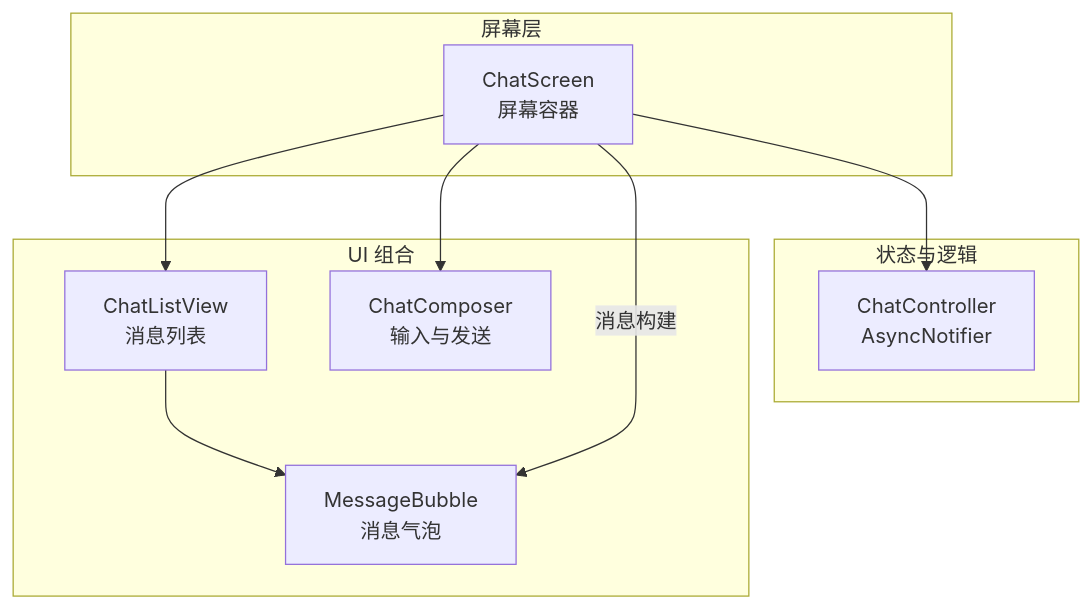
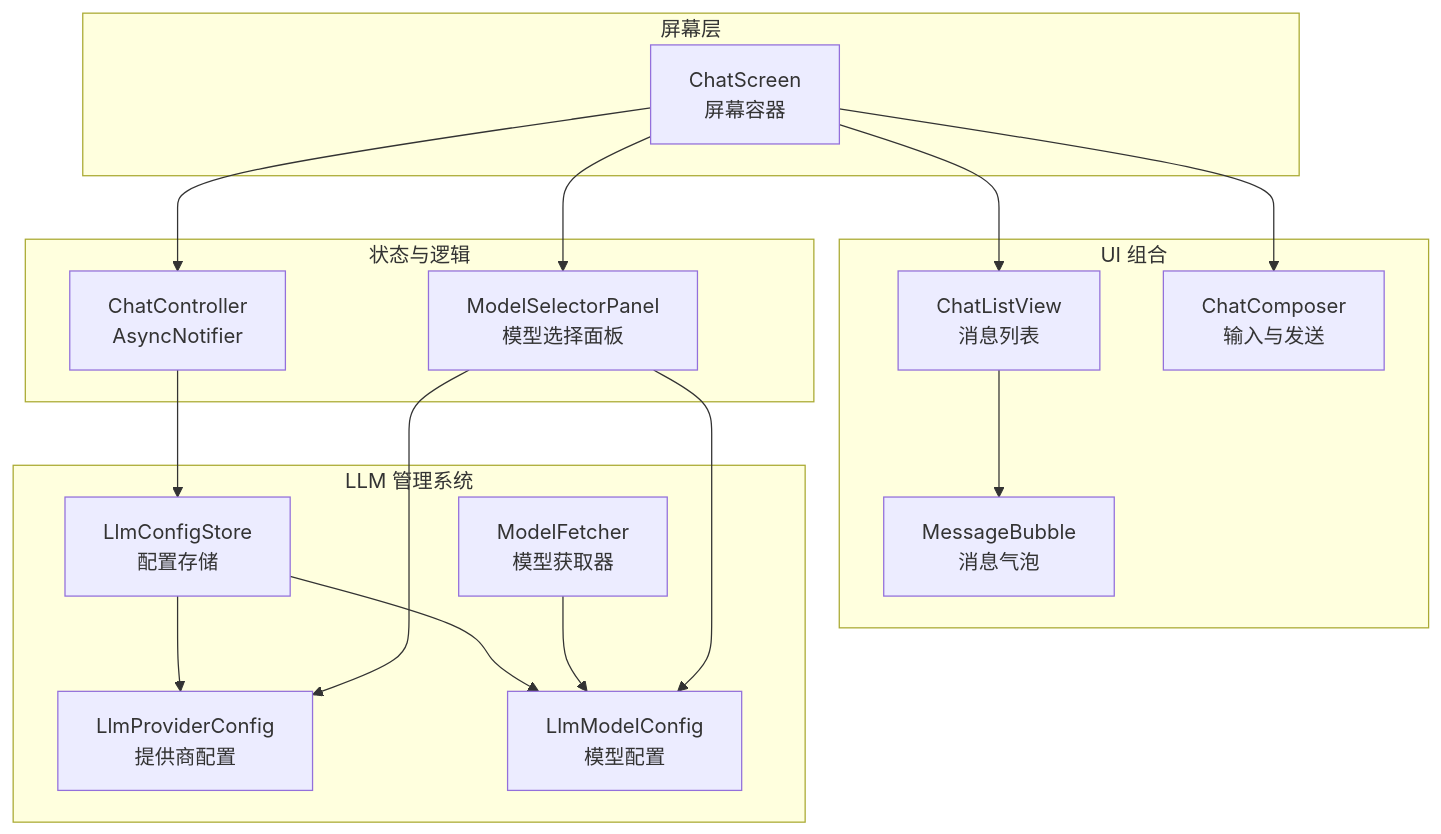
One commit to Ykworm/thktree changed the first of 9 diagrams in .qoder/repowiki/zh/content/核心功能模块/对话管理系统/聊天界面组件.md. Above: the diagram before and after it, drawn with Mermaid. The commit also changed other lines of this file and 45 other files, not shown here.

````diff
--- a/.qoder/repowiki/zh/content/核心功能模块/对话管理系统/聊天界面组件.md
+++ b/.qoder/repowiki/zh/content/核心功能模块/对话管理系统/聊天界面组件.md
@@ -39,19 +54,32 @@
 ```mermaid
 graph TB
 subgraph "屏幕层"
 CS["ChatScreen<br/>屏幕容器"]
 end
 subgraph "状态与逻辑"
 CC["ChatController<br/>AsyncNotifier"]
+MSP["ModelSelectorPanel<br/>模型选择面板"]
 end
 subgraph "UI 组合"
 CLV["ChatListView<br/>消息列表"]
 MC["MessageBubble<br/>消息气泡"]
 CCOM["ChatComposer<br/>输入与发送"]
 end
+subgraph "LLM 管理系统"
+LPC["LlmProviderConfig<br/>提供商配置"]
+LMC["LlmModelConfig<br/>模型配置"]
+LCS["LlmConfigStore<br/>配置存储"]
+MF["ModelFetcher<br/>模型获取器"]
+end
 CS --> CC
 CS --> CLV
 CS --> CCOM
+CS --> MSP
 CLV --> MC
-CS --> |"消息构建"| MC
+CC --> LCS
+LCS --> LPC
+LCS --> LMC
+MF --> LMC
+MSP --> LPC
+MSP --> LMC
 ```
````
